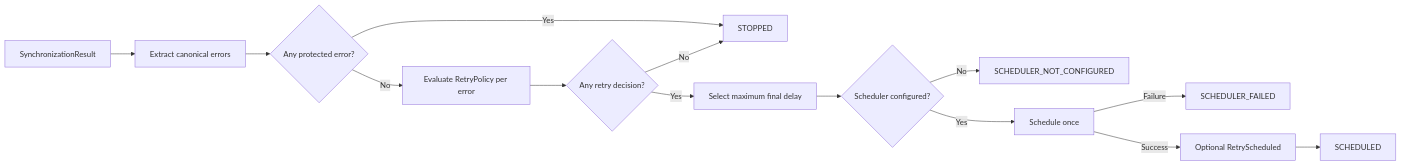
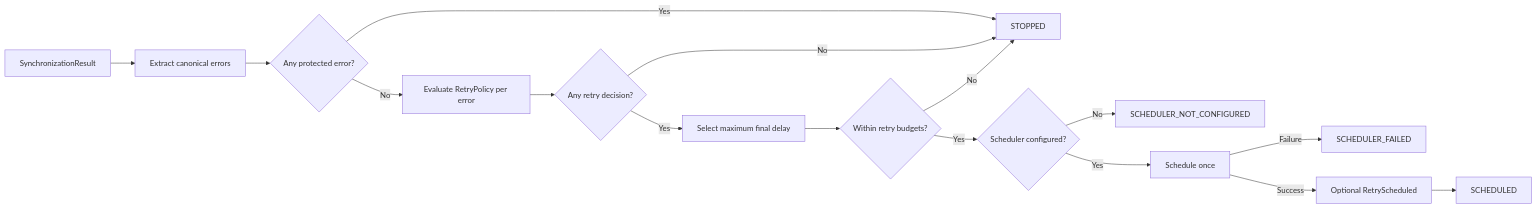
One commit to dataloom-sdk/dataloom changed the diagram in docs/api/retry-orchestration.md. Above: the diagram before and after it, drawn with Mermaid. The commit also changed other lines of this file and 47 other files, not shown here.

First line of the commit message:
DL-040: add durable retry time and delay budgets (#111)

````diff
--- a/docs/api/retry-orchestration.md
+++ b/docs/api/retry-orchestration.md
@@ -20,16 +20,18 @@
 ```mermaid
 flowchart LR
     Result[SynchronizationResult] --> Errors[Extract canonical errors]
     Errors --> Protected{Any protected error?}
     Protected -->|Yes| Stopped[STOPPED]
     Protected -->|No| Policy[Evaluate RetryPolicy per error]
     Policy --> Decision{Any retry decision?}
     Decision -->|No| Stopped
     Decision -->|Yes| Delay[Select maximum final delay]
-    Delay --> Scheduler{Scheduler configured?}
+    Delay --> Budget{Within retry budgets?}
+    Budget -->|No| Stopped
+    Budget -->|Yes| Scheduler{Scheduler configured?}
     Scheduler -->|No| Missing[SCHEDULER_NOT_CONFIGURED]
     Scheduler -->|Yes| Schedule[Schedule once]
     Schedule -->|Failure| Failed[SCHEDULER_FAILED]
     Schedule -->|Success| Event[Optional RetryScheduled]
     Event --> Scheduled[SCHEDULED]
 ```
````
